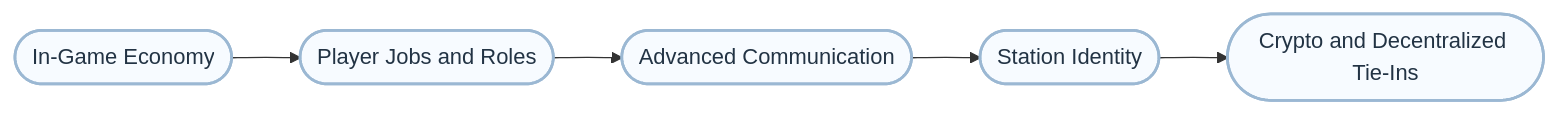
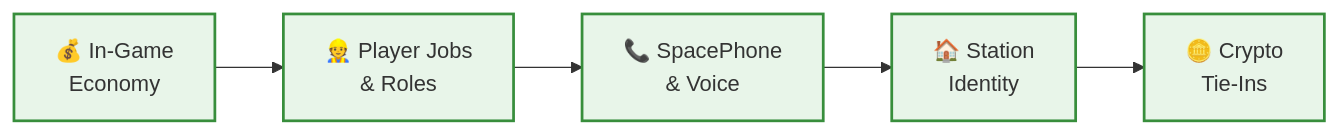
One commit to Bella-Addormentata/StarStationFurlong changed the fourth of 6 diagrams in ROADMAP.md. Above: the diagram before and after it, drawn with Mermaid. The commit also changed other lines of this file, not shown here.

Commit message:
style(roadmap): modernize visual design and improve readability

````diff
--- a/ROADMAP.md
+++ b/ROADMAP.md
@@ -109,8 +128,13 @@
 ```mermaid
-flowchart LR
-    classDef future fill:#f7fbff,stroke:#9bb8d3,stroke-width:2px,color:#234,rx:10px,ry:10px
-    A([In-Game Economy]):::future --> B([Player Jobs and Roles]):::future
-    B --> C([Advanced Communication]):::future
-    C --> D([Station Identity]):::future
-    D --> E([Crypto and Decentralized Tie-Ins]):::future
+graph LR
+    A[💰 In-Game<br/>Economy] --> B[👷 Player Jobs<br/>& Roles]
+    B --> C[📞 SpacePhone<br/>& Voice]
+    C --> D[🏠 Station<br/>Identity]
+    D --> E[🪙 Crypto<br/>Tie-Ins]
+    
+    style A fill:#e8f5e9,stroke:#388e3c,stroke-width:2px
+    style B fill:#e8f5e9,stroke:#388e3c,stroke-width:2px
+    style C fill:#e8f5e9,stroke:#388e3c,stroke-width:2px
+    style D fill:#e8f5e9,stroke:#388e3c,stroke-width:2px
+    style E fill:#e8f5e9,stroke:#388e3c,stroke-width:2px
 ```
````
